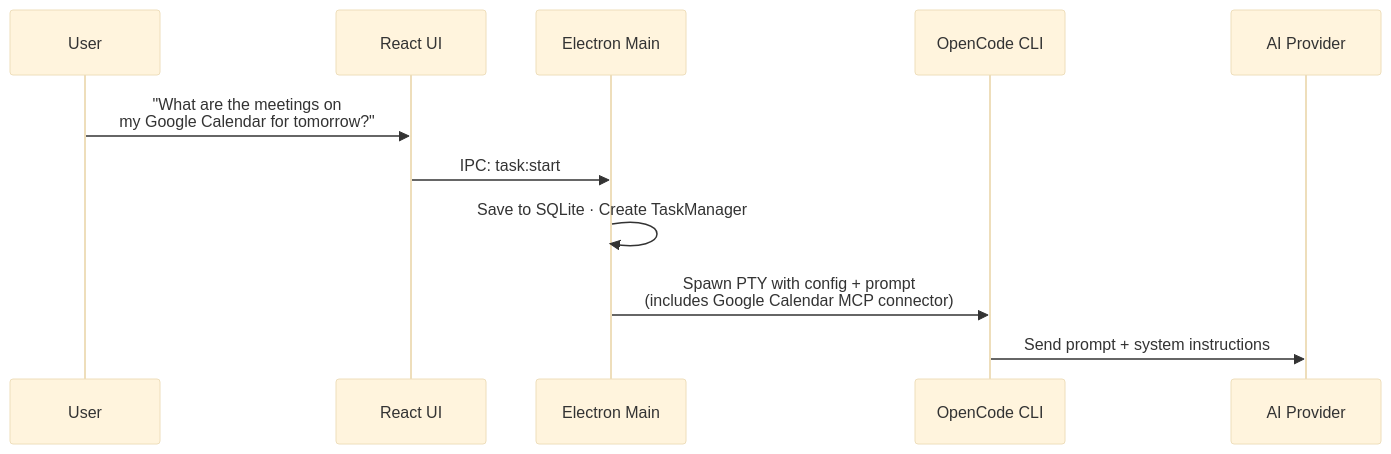
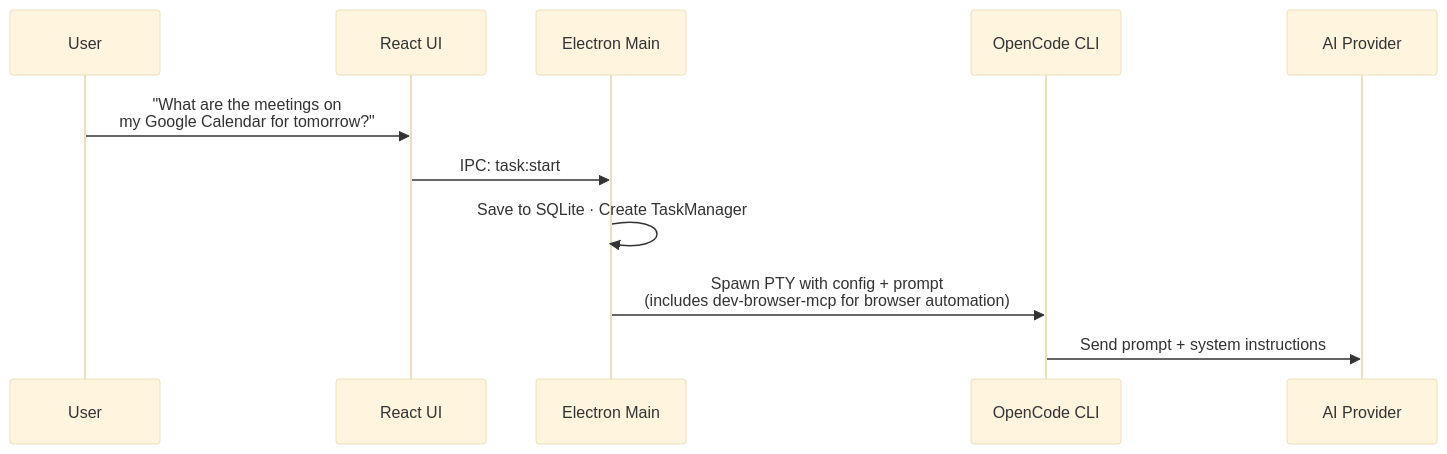
The second of 7 diagrams in docs/task-flow-slides.md (dome/accomplish), drawn with Mermaid (base theme) before and after one commit. The commit also changed other lines of this file and 26 other files, not shown here.

````diff
--- a/docs/task-flow-slides.md
+++ b/docs/task-flow-slides.md
@@ -57,14 +57,14 @@
 ```mermaid
 sequenceDiagram
   participant User
   participant UI as React UI
   participant Main as Electron Main
   participant OC as OpenCode CLI
   participant AI as AI Provider
 
   User->>UI: "What are the meetings on<br/>my Google Calendar for tomorrow?"
   UI->>Main: IPC: task:start
   Main->>Main: Save to SQLite · Create TaskManager
-  Main->>OC: Spawn PTY with config + prompt<br/>(includes Google Calendar MCP connector)
+  Main->>OC: Spawn PTY with config + prompt<br/>(includes dev-browser-mcp for browser automation)
   OC->>AI: Send prompt + system instructions
 ```
````
